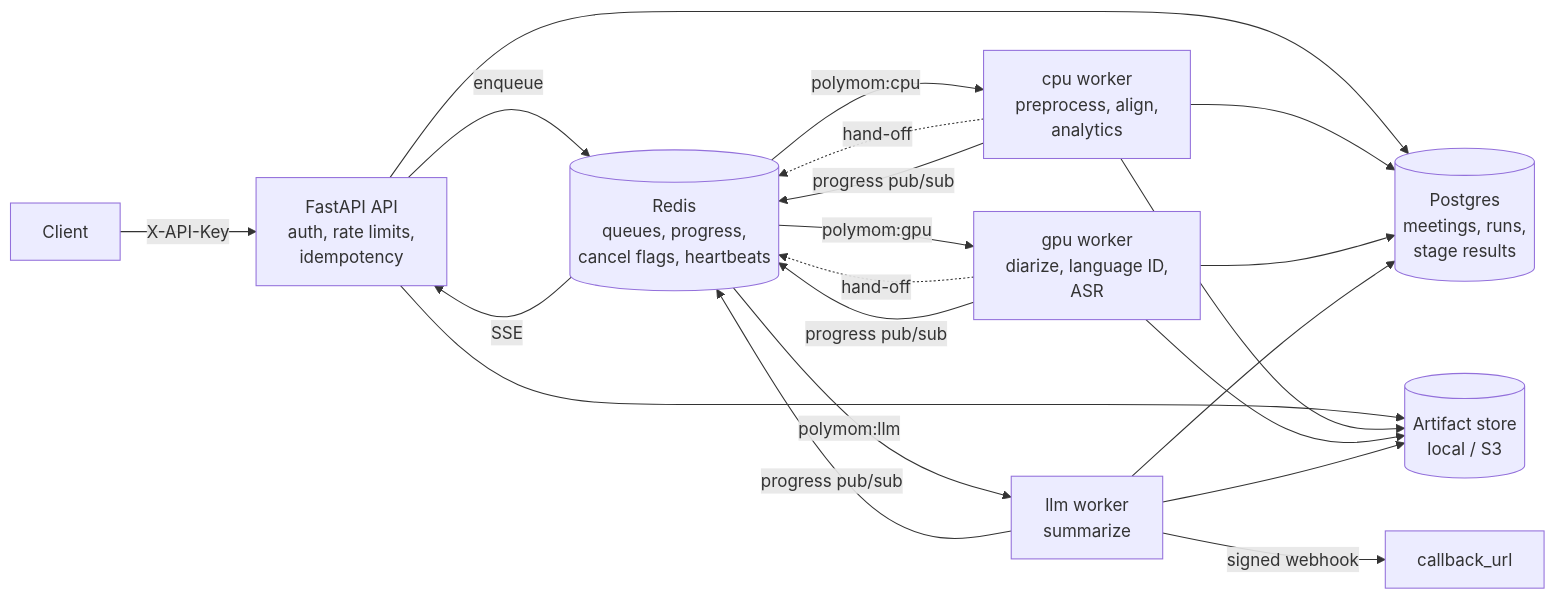
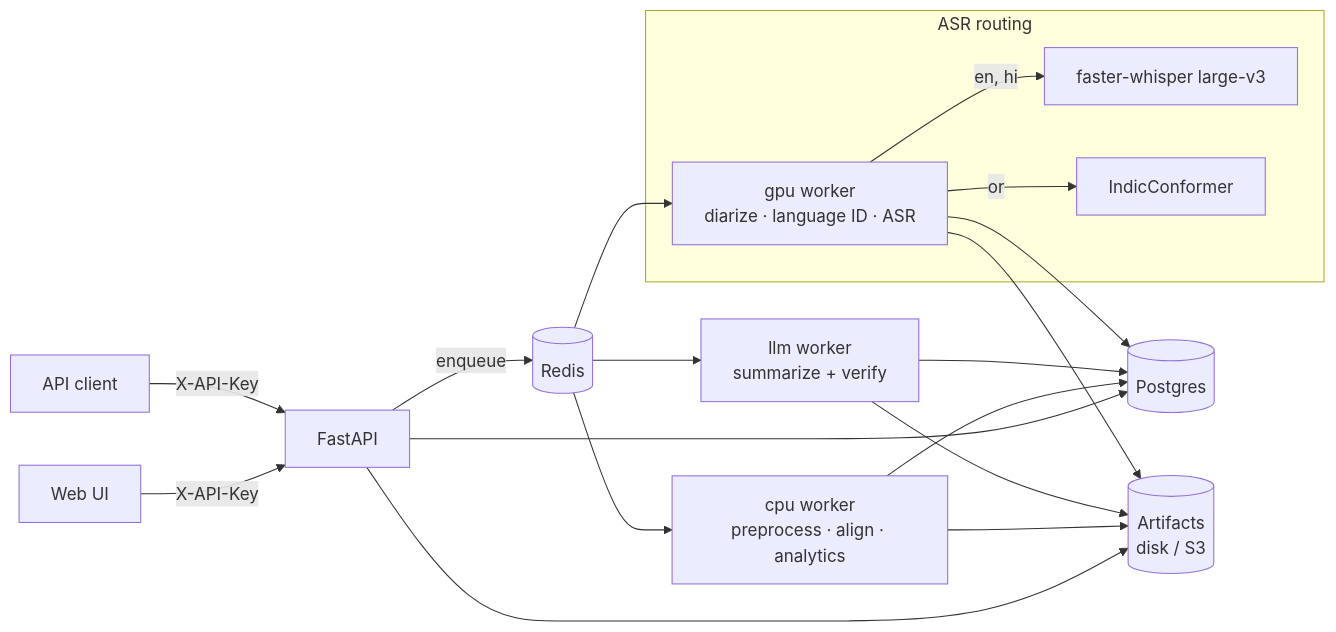
One commit to PrayasPanda/polymom changed the diagram in README.md. Above: the diagram before and after it, drawn with Mermaid. The commit also changed other lines of this file and 80 other files, not shown here.

````diff
--- a/README.md
+++ b/README.md
@@ -1037,17 +75,14 @@
 ```mermaid
 flowchart LR
-    C[Client] -->|X-API-Key| API[FastAPI API<br/>auth, rate limits,<br/>idempotency]
-    API -->|enqueue| R[(Redis<br/>queues, progress,<br/>cancel flags, heartbeats)]
-    API --> DB[(Postgres<br/>meetings, runs,<br/>stage results)]
-    API --> S[(Artifact store<br/>local / S3)]
-    R -->|polymom:cpu| W1[cpu worker<br/>preprocess, align,<br/>analytics]
-    R -->|polymom:gpu| W2[gpu worker<br/>diarize, language ID,<br/>ASR]
-    R -->|polymom:llm| W3[llm worker<br/>summarize]
-    W1 -. hand-off .-> R
-    W2 -. hand-off .-> R
-    W1 & W2 & W3 --> DB
-    W1 & W2 & W3 --> S
-    W1 & W2 & W3 -->|progress pub/sub| R
-    R -->|SSE| API
-    W3 -->|signed webhook| CB[callback_url]
+    UI[Web UI] & CL[API client] -->|X-API-Key| API[FastAPI]
+    API --> DB[(Postgres)] & ST[(Artifacts<br/>disk / S3)]
+    API -->|enqueue| R[(Redis)]
+    R --> CPU[cpu worker<br/>preprocess · align · analytics]
+    R --> GPU[gpu worker<br/>diarize · language ID · ASR]
+    R --> LLM[llm worker<br/>summarize + verify]
+    subgraph ASR routing
+      GPU -->|en, hi| W[faster-whisper large-v3]
+      GPU -->|or| IC[IndicConformer]
+    end
+    CPU & GPU & LLM --> DB & ST
 ```
````
